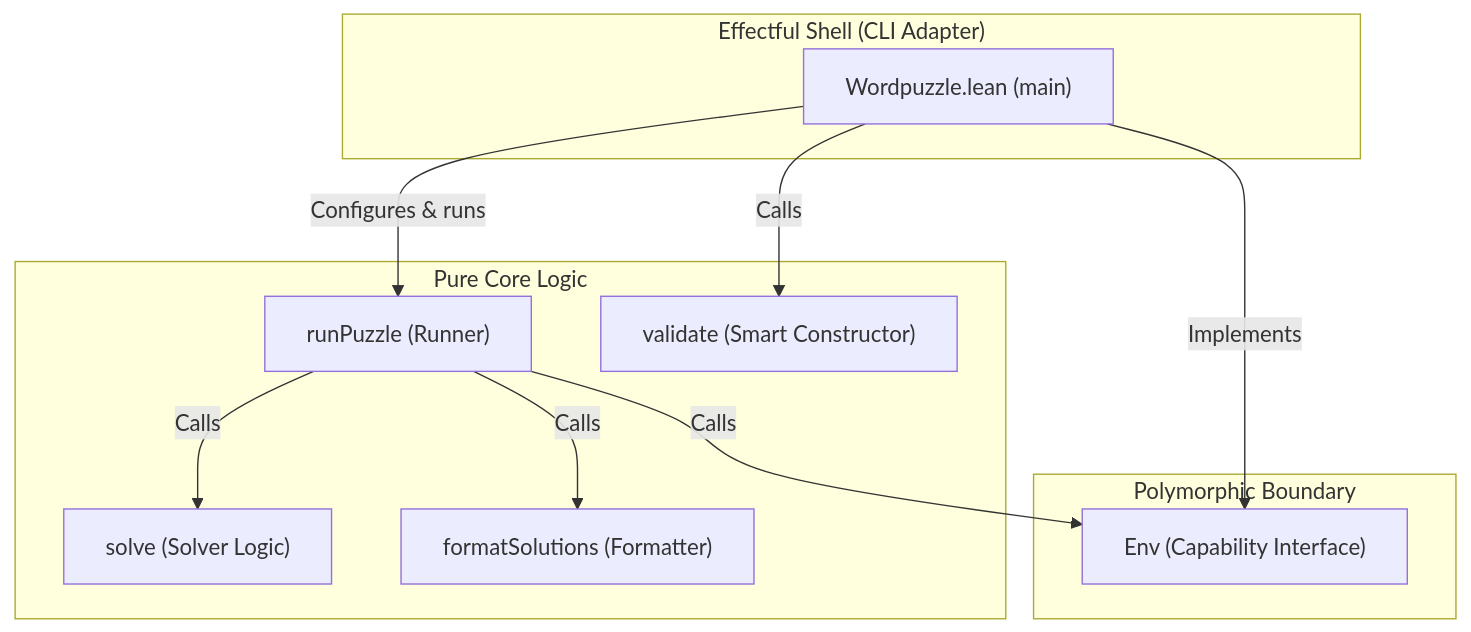
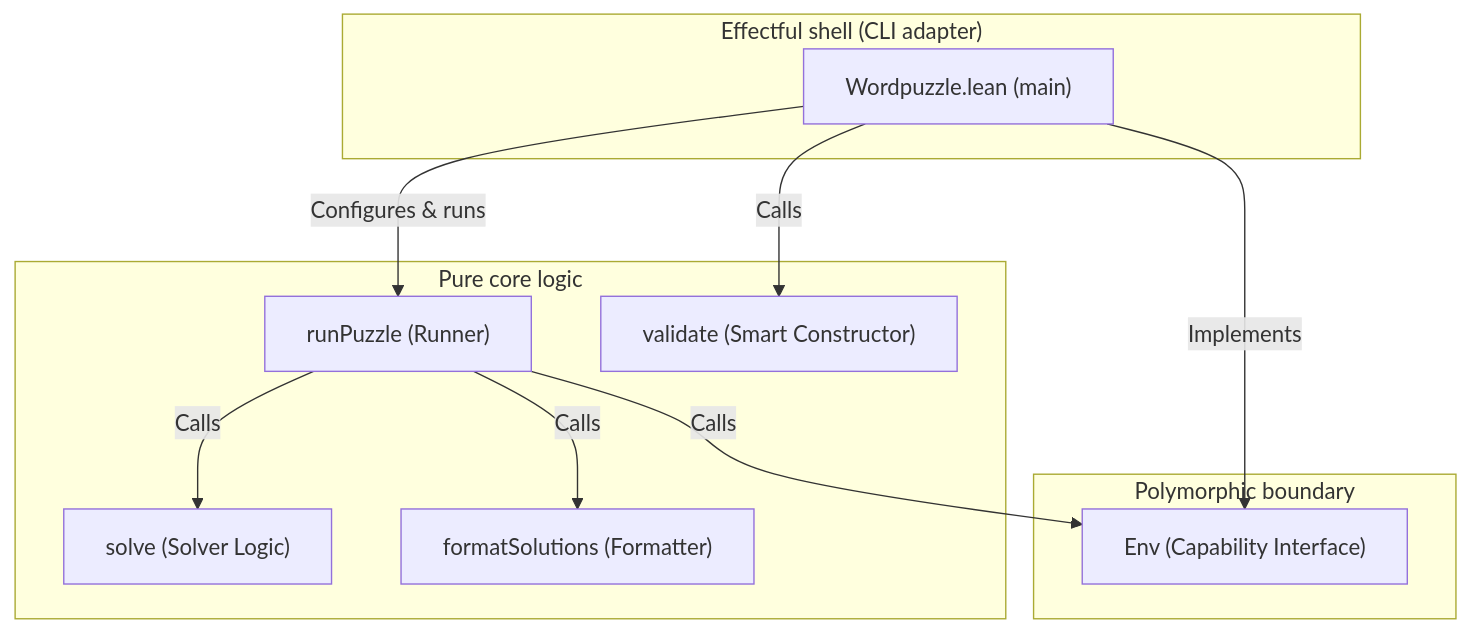
The diagram in README.md (frankhjung/lean4-wordpuzzle), drawn with Mermaid before and after one commit. The commit also changed other lines of this file and 7 other files, not shown here.

````diff
--- a/README.md
+++ b/README.md
@@ -21,24 +21,24 @@
 ```mermaid
 graph TD
-  subgraph Shell ["Effectful Shell (CLI Adapter)"]
+  subgraph Shell ["Effectful shell (CLI adapter)"]
     WP["Wordpuzzle.lean (main)"]
   end
 
-  subgraph Boundary ["Polymorphic Boundary"]
+  subgraph Boundary ["Polymorphic boundary"]
     Env["Env (Capability Interface)"]
   end
 
-  subgraph Core ["Pure Core Logic"]
+  subgraph Core ["Pure core logic"]
     Runner["runPuzzle (Runner)"]
     Smart["validate (Smart Constructor)"]
     Solver["solve (Solver Logic)"]
     Format["formatSolutions (Formatter)"]
   end
 
   WP -->|Configures & runs| Runner
   WP -->|Implements| Env
   Runner -->|Calls| Env
   Runner -->|Calls| Solver
   Runner -->|Calls| Format
   WP -->|Calls| Smart
 ```
````
